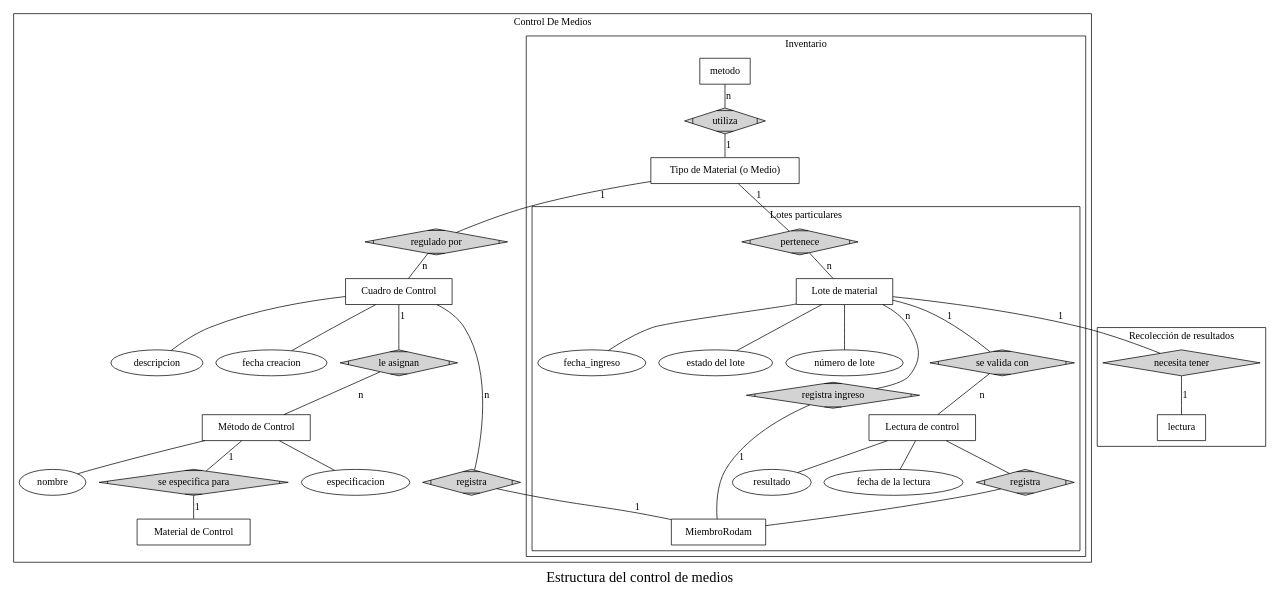
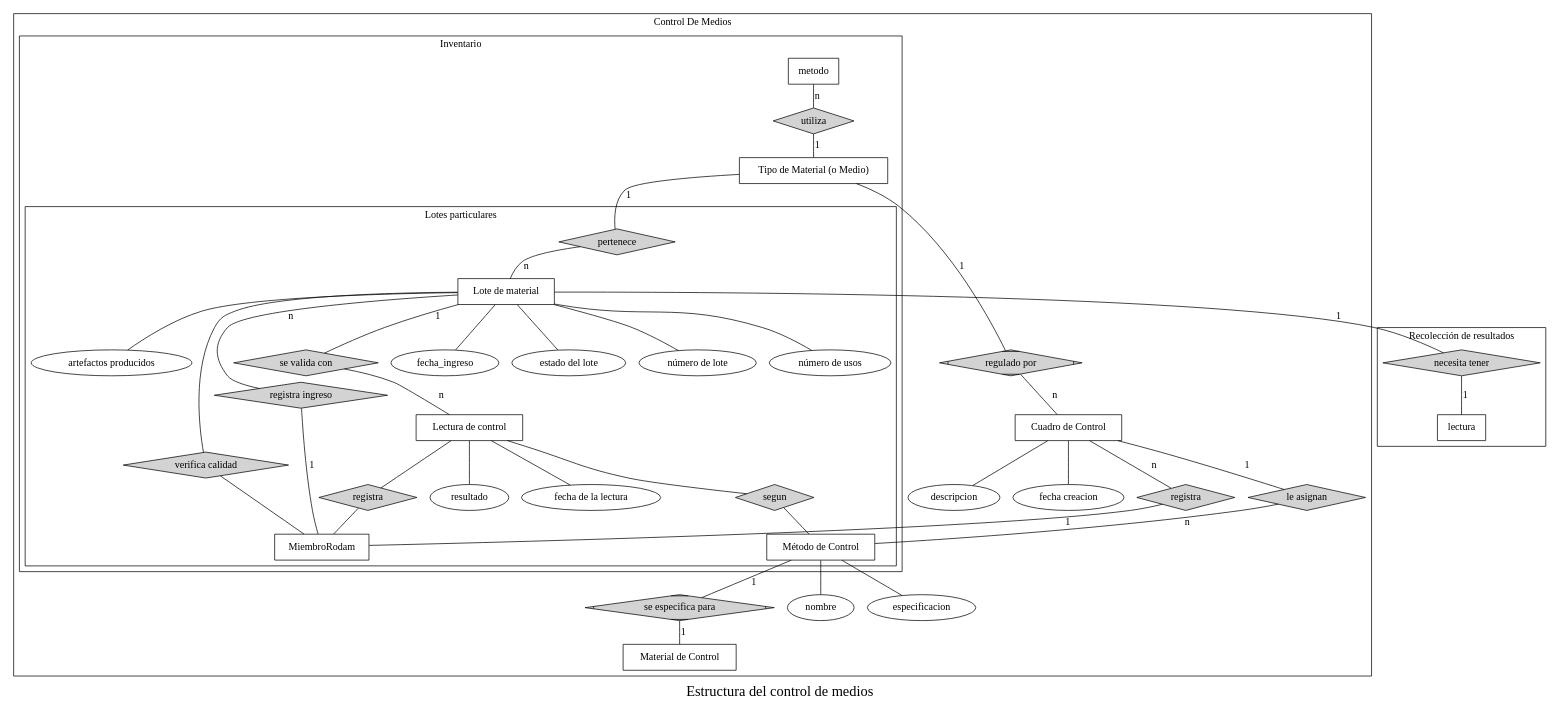
Before and after one commit to jonathanahumada/rodam_documentacion: the diagram in docs/source/requerimientos/diagramas/bd/control_medio.dot, drawn with Graphviz. The commit also changed 108 other files, not shown here.

Commit message:
Este commit lo hago para trabajar desde otro máquina. Se han añadidio varios diagramas e el transcurso del desarrollo, pero no voy a listarlos aquí.

```diff
--- a/docs/source/requerimientos/diagramas/bd/control_medio.dot
+++ b/docs/source/requerimientos/diagramas/bd/control_medio.dot
@@ -1,120 +1,131 @@
 
 graph controlDeMedios{
 {
  ranksep=5;
  node [shape=box];
  regulado [label="regulado por", shape=Mdiamond, style= filled];
- asignan [shape=Mdiamond, style = filled];
+ asignan [shape=diamond, style = filled];
  se_especifica [label="se especifica para",shape= Mdiamond, style = filled ];
- utiliza [shape = Mdiamond, style = filled]; 
- registra [shape = Mdiamond, style = filled];
+ utiliza [shape = diamond, style = filled]; 
+ registra [shape = diamond, style = filled];
  material [label="Tipo de Material (o Medio)"]
  cuadro [label="Cuadro de Control"]
  metodo_control [label="Método de Control"]
  materialDeControl [label="Material de Control"]
  asignan [label="le asignan"]
 }
 {
-node [shape=Mdiamond, style= filled]
+node [shape=diamond, style= filled]
 pertenece
 }
 
 subgraph cluster_catalogo {
 	label = "Control De Medios"
 	node [shape=box]
 
 subgraph cluster_inventario{
 	label = "Inventario"
 	node [shape=box]
 	metodo -- utiliza [label= n]
 	utiliza -- material [label = 1]
         material -- pertenece [label = 1 ]
  
 subgraph cluster_medio{
 label = "Lotes particulares"
 
 {
 node [shape = oval]
 fecha_ingreso
 estado_lote [label="estado del lote"]
 num_lote [label="número de lote"]
 resultado
 fecha_lectura [label="fecha de la lectura"]
+num_uso [label="número de usos"]
+artefactos  [label="artefactos producidos"]
 
 }
 
 {
 node [shape= box]
 lote_material [label="Lote de material"]
 lectura_control [label="Lectura de control"]
 }
 
 {
-node [shape= Mdiamond, style=filled]
+node [shape= diamond, style=filled]
 registra_ingreso [label="registra ingreso"]
 necesita [label="se valida con"] 
 registra_lectura [label="registra"]
+verifica_calidad [label="verifica calidad"]
+segun
 }
+
 
 pertenece -- lote_material [label = n]
 lote_material -- fecha_ingreso
 lote_material -- registra_ingreso [label=n]
 lote_material -- estado_lote
 lote_material -- num_lote
+lote_material -- num_uso
+lote_material -- artefactos
 lote_material -- necesita [label=1]
+lote_material -- verifica_calidad
+verifica_calidad -- MiembroRodam
 necesita -- lectura_control [label = n]
 lectura_control -- resultado
 lectura_control -- fecha_lectura
 lectura_control -- registra_lectura
+lectura_control -- segun 
+segun -- metodo_control
 registra_lectura -- MiembroRodam
 }
 
 }
 
 
 
 
 registra_ingreso -- MiembroRodam [label= 1]
 
 
 {
 node [shape=oval]
 nombre;
 especificacion;
 descripcion
 fecha_creacion [label="fecha creacion"]
 }
 	material -- regulado [label=1] 
 	regulado -- cuadro [label= n]
 	cuadro -- asignan [label = 1]
 	cuadro -- fecha_creacion
 	cuadro -- descripcion
 	cuadro -- registra [label = n]
 	registra -- MiembroRodam [label=1]
 	asignan -- metodo_control [label =n]
 	metodo_control -- nombre 
 	metodo_control -- se_especifica [label= 1]
 	se_especifica -- materialDeControl [label =1]
 	metodo_control -- especificacion 
 }
 
 subgraph cluster_recoleccion{
  label="Recolección de resultados"
  {
 node [shape=box]
 lectura 
 
 } 
 {
 node [shape=diamond, style=filled]
 necesita_material [label="necesita tener"]
 }
 
 }
 
 lote_material -- necesita_material [label=1]
 necesita_material  -- lectura [label=1]
 
 label = "Estructura del control de medios";
 fontsize=20;
 }
```
